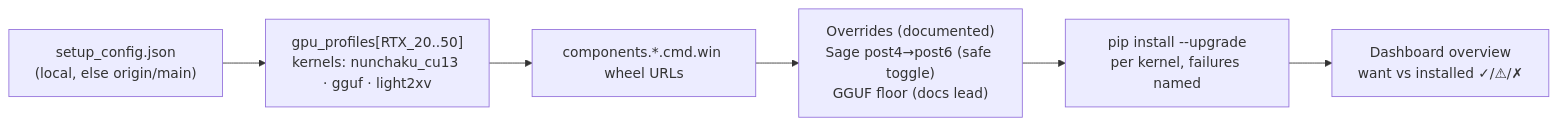
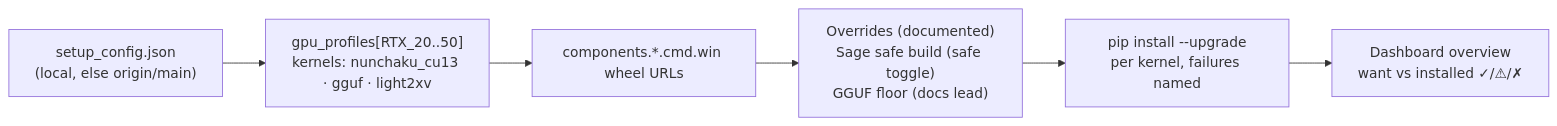
Before and after one commit to GKartist75/Wan2GP-Desktop-Tauri: the fourth of 5 diagrams in docs/OVERVIEW.md, drawn with Mermaid. The commit also changed 26 other files, not shown here.

````diff
--- a/docs/OVERVIEW.md
+++ b/docs/OVERVIEW.md
@@ -106,8 +106,8 @@
 ```mermaid
 flowchart LR
     CFG["setup_config.json\n(local, else origin/main)"] --> PROF["gpu_profiles[RTX_20..50]\nkernels: nunchaku_cu13 · gguf · light2xv"]
     PROF --> URLS["components.*.cmd.win wheel URLs"]
-    URLS --> SWAP["Overrides (documented)\nSage post4→post6 (safe toggle)\nGGUF floor (docs lead)"]
+    URLS --> SWAP["Overrides (documented)\nSage safe build (safe toggle)\nGGUF floor (docs lead)"]
     SWAP --> PIP["pip install --upgrade\nper kernel, failures named"]
 PIP --> OVERVIEW["Dashboard overview\nwant vs installed ✓/⚠/✗"]
 ```
````
